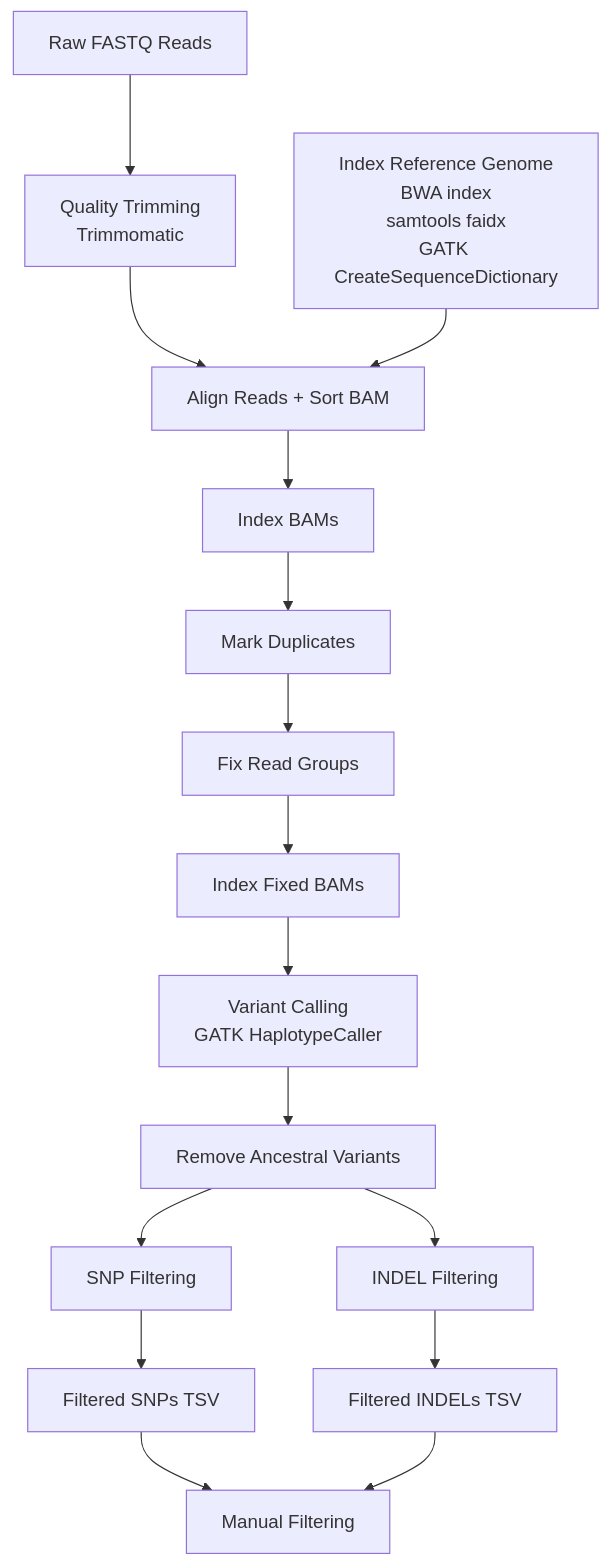
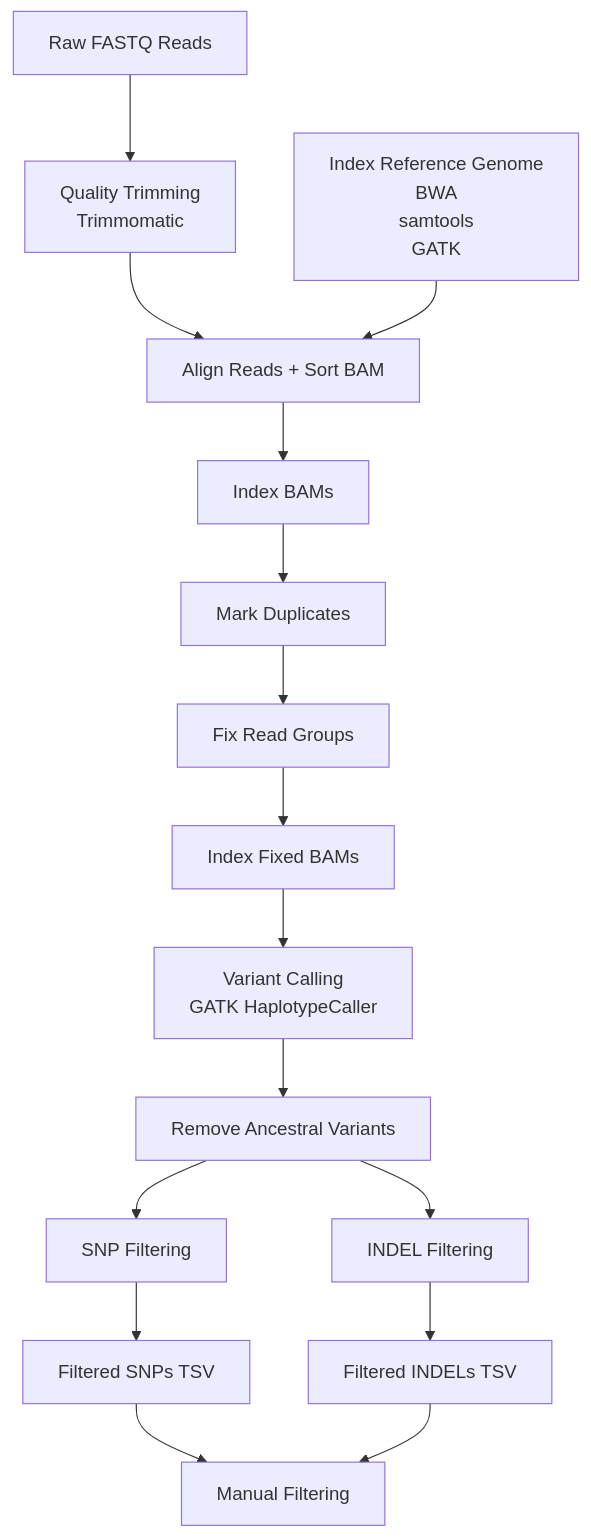
The diagram in README.md (dtlac/Genomic-analysis-pipelines), drawn with Mermaid before and after one commit.

````diff
--- a/README.md
+++ b/README.md
@@ -32,30 +32,30 @@
 ```mermaid
 flowchart TD
 
 A[Raw FASTQ Reads]
 
 A --> B[Quality Trimming<br/>Trimmomatic]
 
-R[Index Reference Genome<br/>BWA index<br/>samtools faidx<br/>GATK CreateSequenceDictionary]
+R[Index Reference Genome<br/>BWA<br/>samtools<br/>GATK]
 
 B --> C[Align Reads + Sort BAM]
 R --> C
 
 C --> D[Index BAMs]
 D --> E[Mark Duplicates]
 E --> F[Fix Read Groups]
 F --> G[Index Fixed BAMs]
 
 G --> H[Variant Calling<br/>GATK HaplotypeCaller]
 
 H --> I[Remove Ancestral Variants]
 
 I --> J[SNP Filtering]
 I --> K[INDEL Filtering]
 
 J --> L[Filtered SNPs TSV]
 K --> M[Filtered INDELs TSV]
 
 L --> N[Manual Filtering]
 M --> N
 ```
````
